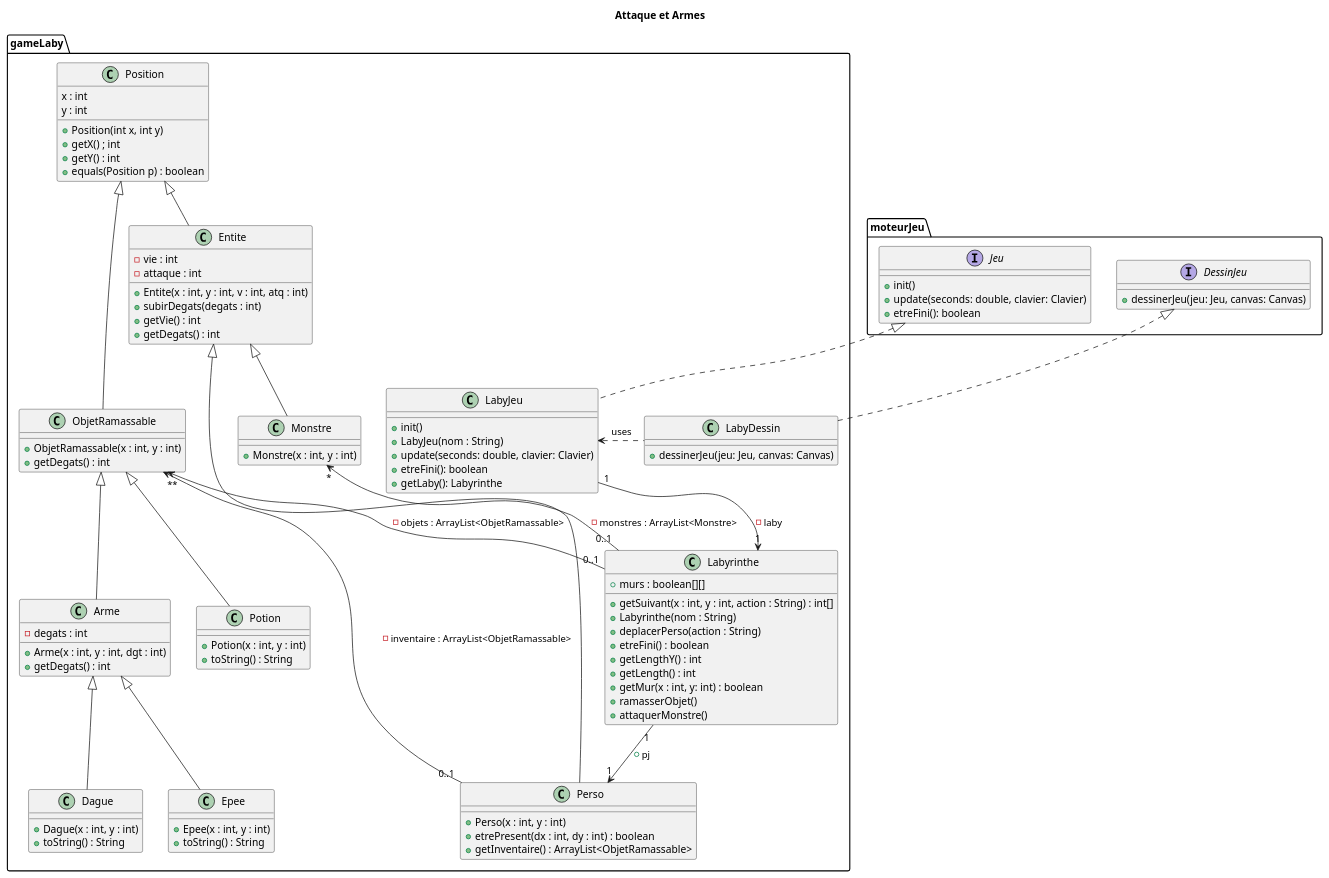
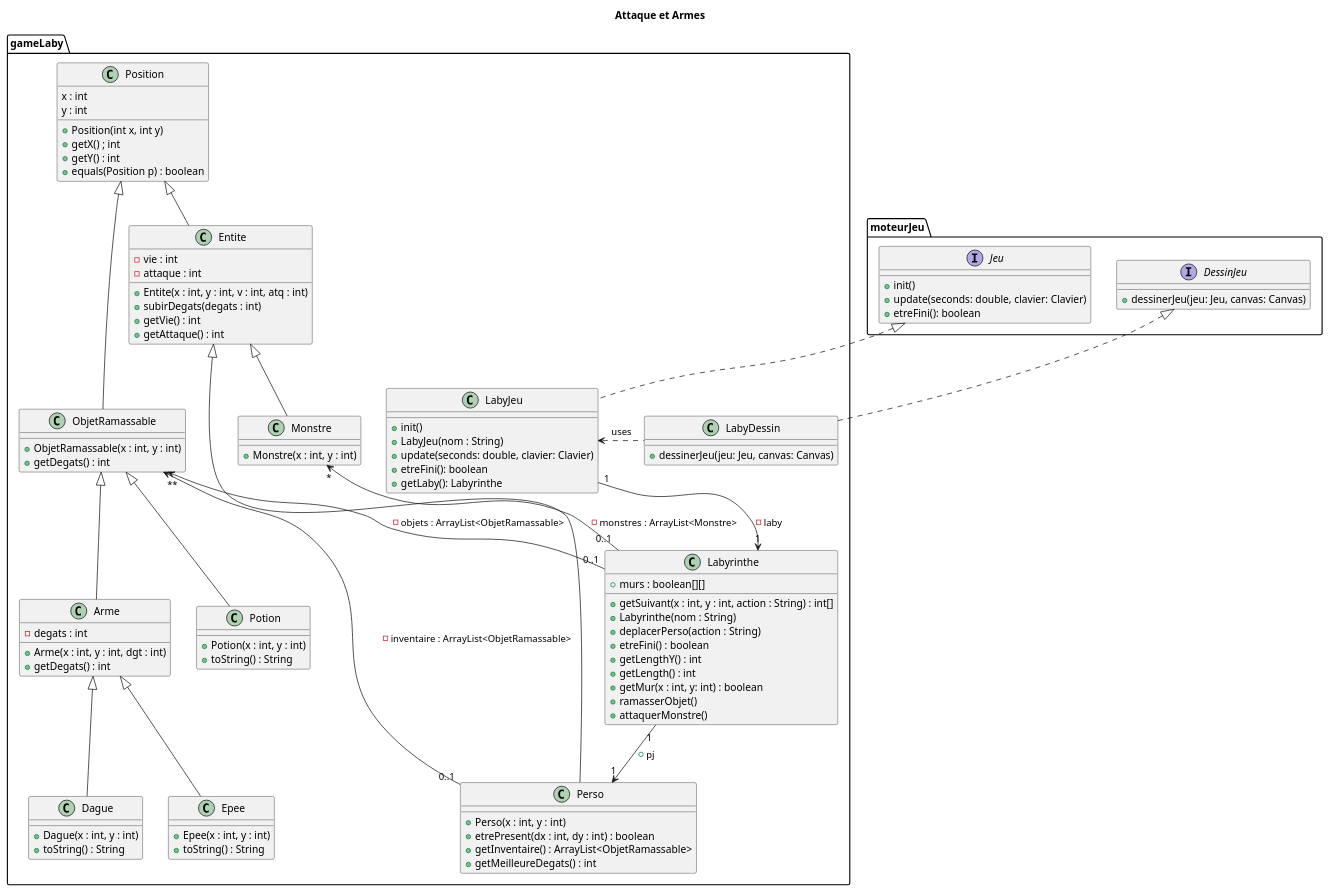
Before and after one commit to OoNeal/2022_zeldiablo_rionde8u_povoas1u_melchior25u_arnaud35u: the diagram in documents/version_4/DiagClasse_Armes_Attaque.puml, drawn with PlantUML.

Commit message:
Actualisation du diagramme de classe

```diff
--- a/documents/version_4/DiagClasse_Armes_Attaque.puml
+++ b/documents/version_4/DiagClasse_Armes_Attaque.puml
@@ -1,128 +1,129 @@
 @startuml
 title Attaque et Armes
 
 '''classe'''
 
 
 package moteurJeu {
 
 interface Jeu{
 + init()
 + update(seconds: double, clavier: Clavier)
 + etreFini(): boolean
 }
 
 
 interface DessinJeu {
 + dessinerJeu(jeu: Jeu, canvas: Canvas)
 }
 }
 
 
 package gameLaby {
 
 
 class Labyrinthe{
   + murs : boolean[][]
   + getSuivant(x : int, y : int, action : String) : int[]
   + Labyrinthe(nom : String)
   + deplacerPerso(action : String)
   + etreFini() : boolean
   + getLengthY() : int
   + getLength() : int
   + getMur(x : int, y: int) : boolean
   + ramasserObjet()
   + attaquerMonstre()
 }
 
 
 class ObjetRamassable {
     + ObjetRamassable(x : int, y : int)
     + getDegats() : int
 }
 
 class Potion{
     + Potion(x : int, y : int)
     + toString() : String
 }
 
 class Arme {
     - degats : int
     + Arme(x : int, y : int, dgt : int)
     + getDegats() : int
 }
 
 class Dague {
     + Dague(x : int, y : int)
     + toString() : String
 }
 
 class Epee{
     + Epee(x : int, y : int)
     + toString() : String
 }
 
 class Position {
     x : int
     y : int
     + Position(int x, int y)
     + getX() ; int
     + getY() : int
     + equals(Position p) : boolean
 }
 
 class Perso {
   + Perso(x : int, y : int)
   + etrePresent(dx : int, dy : int) : boolean
   + getInventaire() : ArrayList<ObjetRamassable>
+  + getMeilleureDegats() : int
 }
 
 class Entite {
     - vie : int
     - attaque : int
     + Entite(x : int, y : int, v : int, atq : int)
     + subirDegats(degats : int)
     + getVie() : int
-    + getDegats() : int
+    + getAttaque() : int
 }
 
 class Monstre {
   + Monstre(x : int, y : int)
 }
 
 class LabyJeu{
 + init()
 + LabyJeu(nom : String)
 + update(seconds: double, clavier: Clavier)
 + etreFini(): boolean
 + getLaby(): Labyrinthe
 }
 
 class LabyDessin{
 + dessinerJeu(jeu: Jeu, canvas: Canvas)
 }
 }
 
 
 LabyJeu "1" --> "1" Labyrinthe : -laby
 DessinJeu <|.. LabyDessin
 Jeu <|.. LabyJeu
 Labyrinthe "1" --> "1" Perso: + pj
 LabyJeu <. LabyDessin:uses
 
 
 ObjetRamassable "*" <-- "0..1" Perso: -inventaire : ArrayList<ObjetRamassable>
 ObjetRamassable "*" <-- "0..1" Labyrinthe: -objets : ArrayList<ObjetRamassable>
 ObjetRamassable  <|-- "Potion"
 ObjetRamassable  <|-- "Arme"
 Arme <|-- "Epee"
 Arme <|-- "Dague"
 Monstre "*" <-- "0..1" Labyrinthe: -monstres : ArrayList<Monstre>
 Position <|--  ObjetRamassable
 Position <|-- Entite
 Entite <|-- Monstre
 Entite <|-- Perso
 
 
 
 @enduml
```
